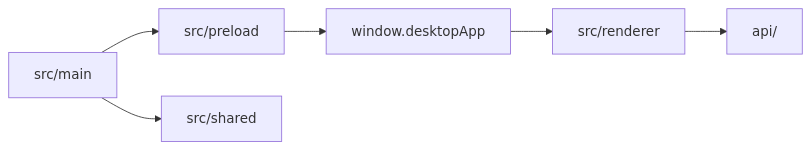
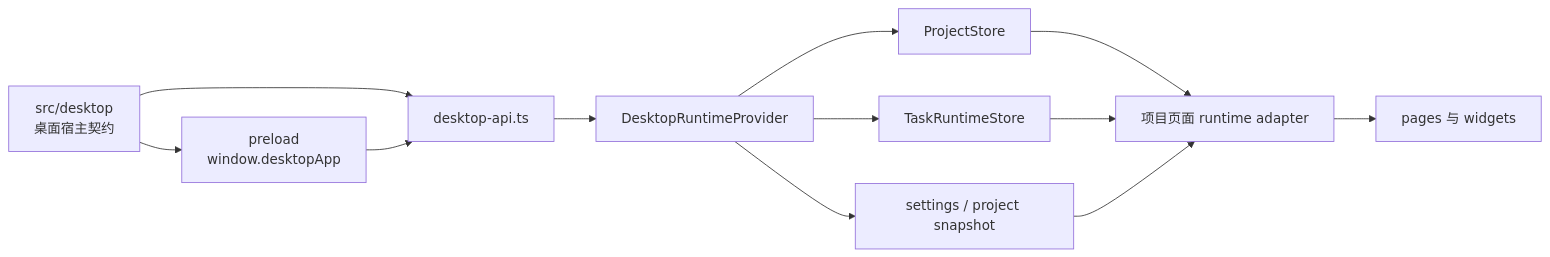
Before and after one commit to neavo/LinguaGacha: the diagram in docs/FRONTEND.md, drawn with Mermaid. The commit also changed other lines of this file and 1301 other files, not shown here.

````diff
--- a/docs/FRONTEND.md
+++ b/docs/FRONTEND.md
@@ -8,8 +7,14 @@
 ```mermaid
 flowchart LR
-    A["src/main"] --> B["src/preload"]
-    A --> C["src/shared"]
-    B --> D["window.desktopApp"]
-    D --> E["src/renderer"]
-    E --> F["api/"]
+  X["src/desktop<br/>桌面宿主契约"] --> A["preload<br/>window.desktopApp"]
+  X --> B["desktop-api.ts"]
+  A --> B
+  B --> C["DesktopRuntimeProvider"]
+  C --> D["ProjectStore"]
+  C --> E["TaskRuntimeStore"]
+  C --> H["settings / project snapshot"]
+  D --> F["项目页面 runtime adapter"]
+  E --> F
+  H --> F
+  F --> G["pages 与 widgets"]
 ```
````
